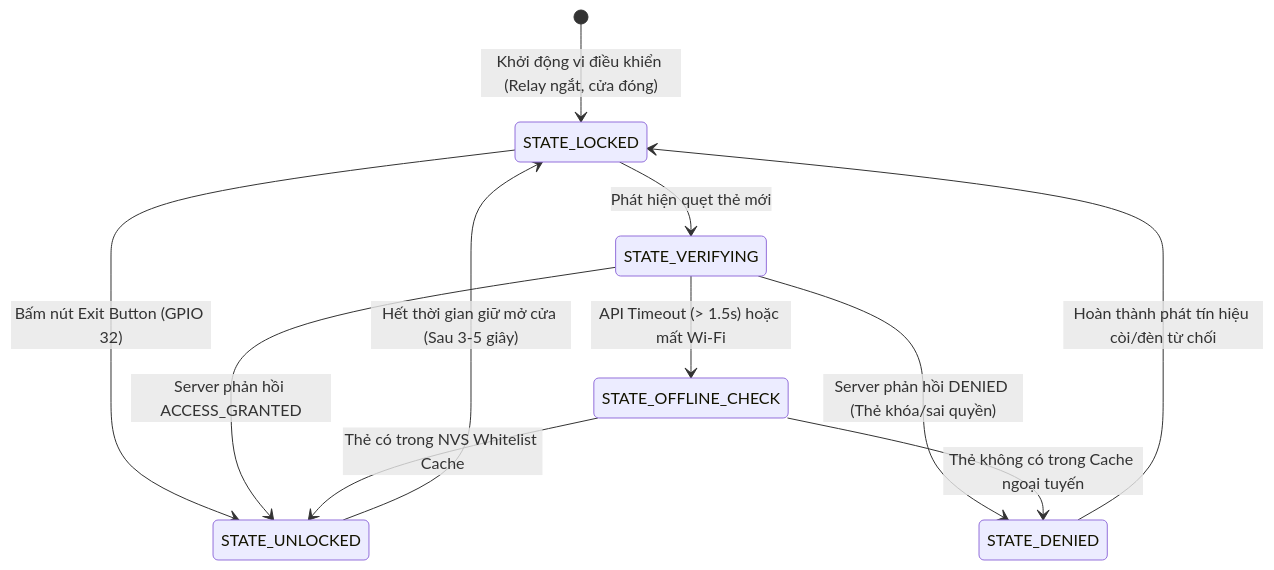
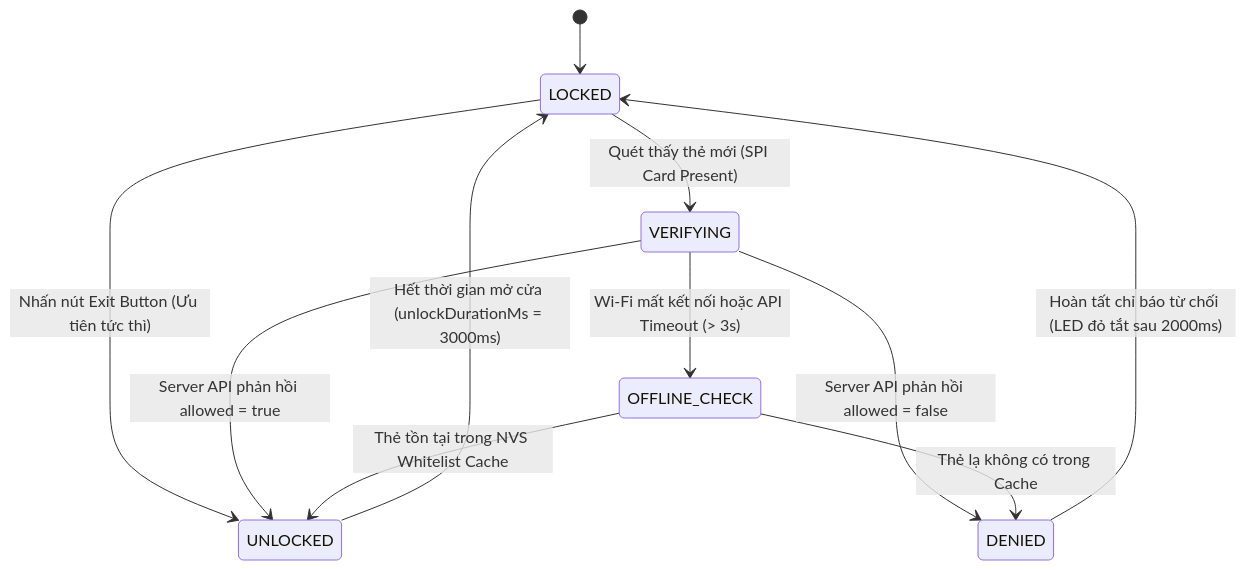
The fourth of 5 diagrams in docs/SO_DO_KY_THUAT_VA_LY_THUYET.md (NguyenHoangUy1305/iot-rfid-access-control), drawn with Mermaid before and after one commit. The commit also changed other lines of this file and 1 other file, not shown here.

Commit message:
docs: upgrade Project 1 roadmap and technical schematics to 10/10 standard

````diff
--- a/docs/SO_DO_KY_THUAT_VA_LY_THUYET.md
+++ b/docs/SO_DO_KY_THUAT_VA_LY_THUYET.md
@@ -311,17 +373,17 @@
 ```mermaid
 stateDiagram-v2
-    [*] --> STATE_LOCKED: Khởi động vi điều khiển (Relay ngắt, cửa đóng)
+    [*] --> LOCKED
 
-    STATE_LOCKED --> STATE_VERIFYING: Phát hiện quẹt thẻ mới
-    STATE_LOCKED --> STATE_UNLOCKED: Bấm nút Exit Button (GPIO 32)
+    LOCKED --> VERIFYING: Quét thấy thẻ mới (SPI Card Present)
+    LOCKED --> UNLOCKED: Nhấn nút Exit Button (Ưu tiên tức thì)
 
-    STATE_VERIFYING --> STATE_UNLOCKED: Server phản hồi ACCESS_GRANTED
-    STATE_VERIFYING --> STATE_DENIED: Server phản hồi DENIED (Thẻ khóa/sai quyền)
-    STATE_VERIFYING --> STATE_OFFLINE_CHECK: API Timeout (> 1.5s) hoặc mất Wi-Fi
+    VERIFYING --> UNLOCKED: Server API phản hồi allowed = true
+    VERIFYING --> DENIED: Server API phản hồi allowed = false
+    VERIFYING --> OFFLINE_CHECK: Wi-Fi mất kết nối hoặc API Timeout (> 3s)
 
-    STATE_OFFLINE_CHECK --> STATE_UNLOCKED: Thẻ có trong NVS Whitelist Cache
-    STATE_OFFLINE_CHECK --> STATE_DENIED: Thẻ không có trong Cache ngoại tuyến
+    OFFLINE_CHECK --> UNLOCKED: Thẻ tồn tại trong NVS Whitelist Cache
+    OFFLINE_CHECK --> DENIED: Thẻ lạ không có trong Cache
 
-    STATE_UNLOCKED --> STATE_LOCKED: Hết thời gian giữ mở cửa (Sau 3-5 giây)
-    STATE_DENIED --> STATE_LOCKED: Hoàn thành phát tín hiệu còi/đèn từ chối
+    UNLOCKED --> LOCKED: Hết thời gian mở cửa (unlockDurationMs = 3000ms)
+    DENIED --> LOCKED: Hoàn tất chỉ báo từ chối (LED đỏ tắt sau 2000ms)
 ```
````
